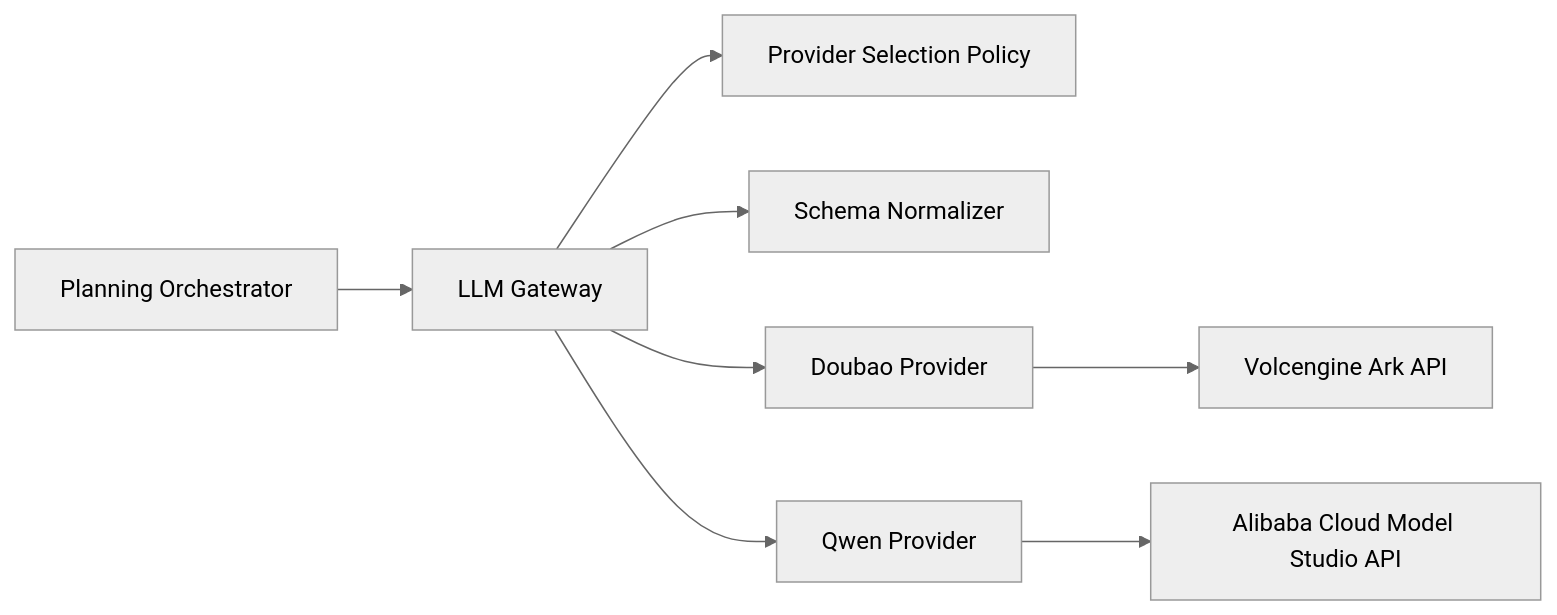
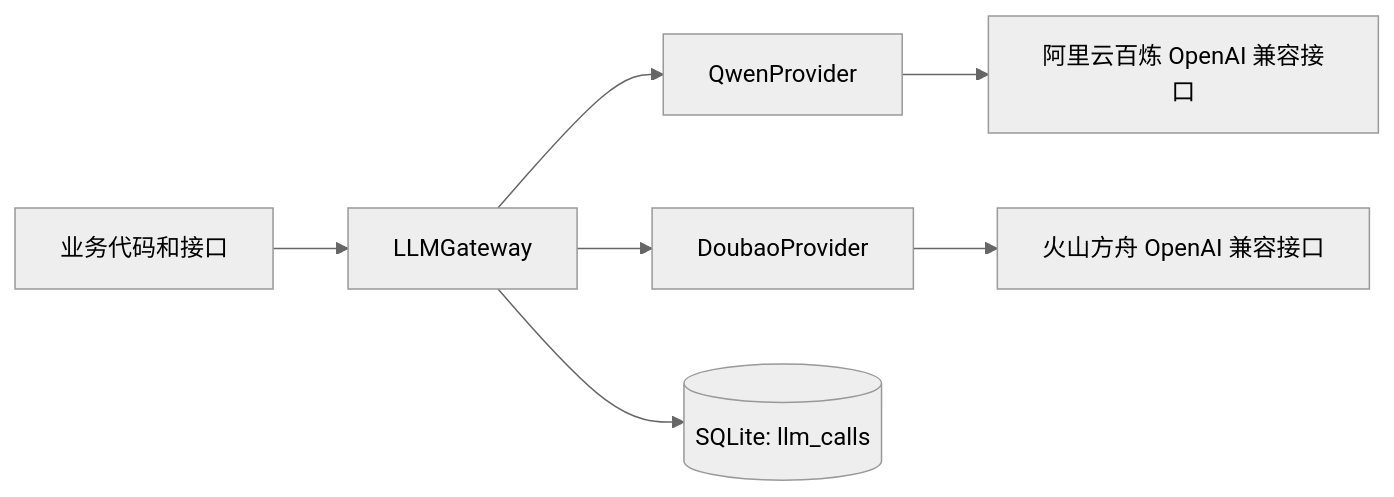
The diagram in docs/architecture/llm-provider-gateway.md (cecicai2026-code/WuhanMemory), drawn with Mermaid (neutral theme) before and after one commit. The commit also changed other lines of this file and 9 other files, not shown here.

````diff
--- a/docs/architecture/llm-provider-gateway.md
+++ b/docs/architecture/llm-provider-gateway.md
@@ -11,10 +11,9 @@
 ```mermaid
 flowchart LR
-  Planner[Planning Orchestrator] --> Gateway[LLM Gateway]
-  Gateway --> Policy[Provider Selection Policy]
-  Gateway --> Schema[Schema Normalizer]
-  Gateway --> Doubao[Doubao Provider]
-  Gateway --> Qwen[Qwen Provider]
-  Doubao --> Ark[Volcengine Ark API]
-  Qwen --> DashScope[Alibaba Cloud Model Studio API]
+  Biz[业务代码和接口] --> Gateway[LLMGateway]
+  Gateway --> Qwen[QwenProvider]
+  Gateway --> Doubao[DoubaoProvider]
+  Qwen --> DashScope[阿里云百炼 OpenAI 兼容接口]
+  Doubao --> Ark[火山方舟 OpenAI 兼容接口]
+  Gateway --> Calls[(SQLite: llm_calls)]
 ```
````
